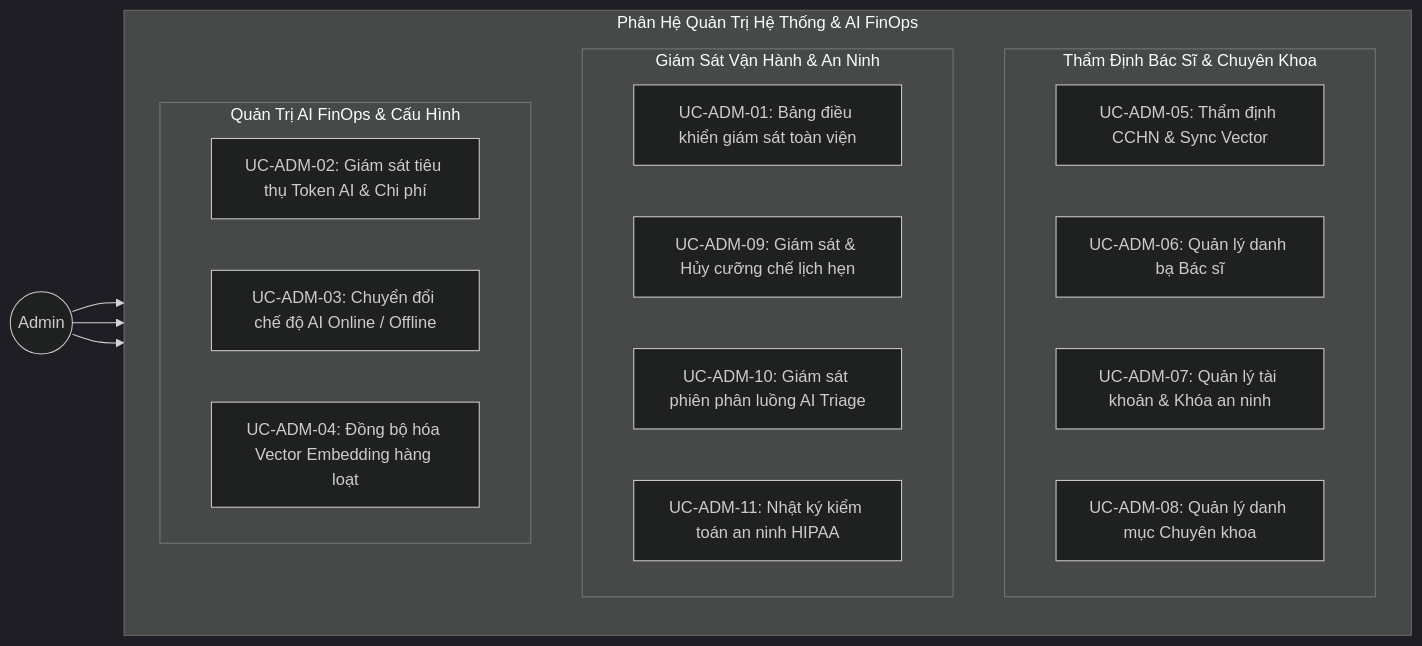
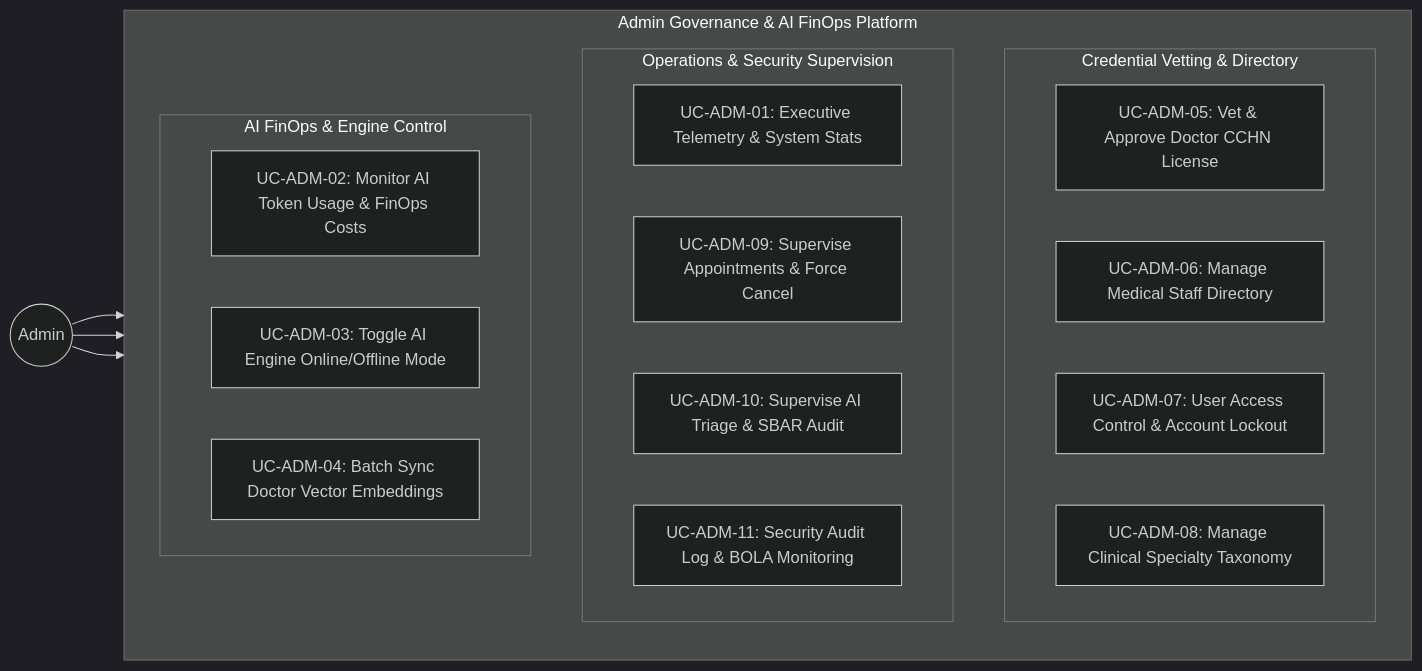
Before and after one commit to vinhhotff/KLTN-medical-assistant: the sixth of 8 diagrams in docs/SRS_MediAssist_AI.md, drawn with Mermaid (dark theme). The commit also changed other lines of this file and 1 other file, not shown here.

First line of the commit message:
refactor(srs): translate all 5 modular use case diagrams into 100% English

````diff
--- a/docs/SRS_MediAssist_AI.md
+++ b/docs/SRS_MediAssist_AI.md
@@ -393,29 +393,29 @@
 ```mermaid
 flowchart LR
     A(("Admin"))
 
-    subgraph AdminDomain["Phân Hệ Quản Trị Hệ Thống & AI FinOps"]
+    subgraph AdminDomain["Admin Governance & AI FinOps Platform"]
         direction TB
-        subgraph VettingGroup["Thẩm Định Bác Sĩ & Chuyên Khoa"]
-            UC_ADM05["UC-ADM-05: Thẩm định CCHN & Sync Vector"]
-            UC_ADM06["UC-ADM-06: Quản lý danh bạ Bác sĩ"]
-            UC_ADM07["UC-ADM-07: Quản lý tài khoản & Khóa an ninh"]
-            UC_ADM08["UC-ADM-08: Quản lý danh mục Chuyên khoa"]
+        subgraph VettingGroup["Credential Vetting & Directory"]
+            UC_ADM05["UC-ADM-05: Vet & Approve Doctor CCHN License"]
+            UC_ADM06["UC-ADM-06: Manage Medical Staff Directory"]
+            UC_ADM07["UC-ADM-07: User Access Control & Account Lockout"]
+            UC_ADM08["UC-ADM-08: Manage Clinical Specialty Taxonomy"]
         end
-        subgraph SupervisionGroup["Giám Sát Vận Hành & An Ninh"]
-            UC_ADM01["UC-ADM-01: Bảng điều khiển giám sát toàn viện"]
-            UC_ADM09["UC-ADM-09: Giám sát & Hủy cưỡng chế lịch hẹn"]
-            UC_ADM10["UC-ADM-10: Giám sát phiên phân luồng AI Triage"]
-            UC_ADM11["UC-ADM-11: Nhật ký kiểm toán an ninh HIPAA"]
+        subgraph SupervisionGroup["Operations & Security Supervision"]
+            UC_ADM01["UC-ADM-01: Executive Telemetry & System Stats"]
+            UC_ADM09["UC-ADM-09: Supervise Appointments & Force Cancel"]
+            UC_ADM10["UC-ADM-10: Supervise AI Triage & SBAR Audit"]
+            UC_ADM11["UC-ADM-11: Security Audit Log & BOLA Monitoring"]
         end
-        subgraph FinOpsGroup["Quản Trị AI FinOps & Cấu Hình"]
-            UC_ADM02["UC-ADM-02: Giám sát tiêu thụ Token AI & Chi phí"]
-            UC_ADM03["UC-ADM-03: Chuyển đổi chế độ AI Online / Offline"]
-            UC_ADM04["UC-ADM-04: Đồng bộ hóa Vector Embedding hàng loạt"]
+        subgraph FinOpsGroup["AI FinOps & Engine Control"]
+            UC_ADM02["UC-ADM-02: Monitor AI Token Usage & FinOps Costs"]
+            UC_ADM03["UC-ADM-03: Toggle AI Engine Online/Offline Mode"]
+            UC_ADM04["UC-ADM-04: Batch Sync Doctor Vector Embeddings"]
         end
     end
 
     A --> VettingGroup
     A --> SupervisionGroup
     A --> FinOpsGroup
 ```
````
